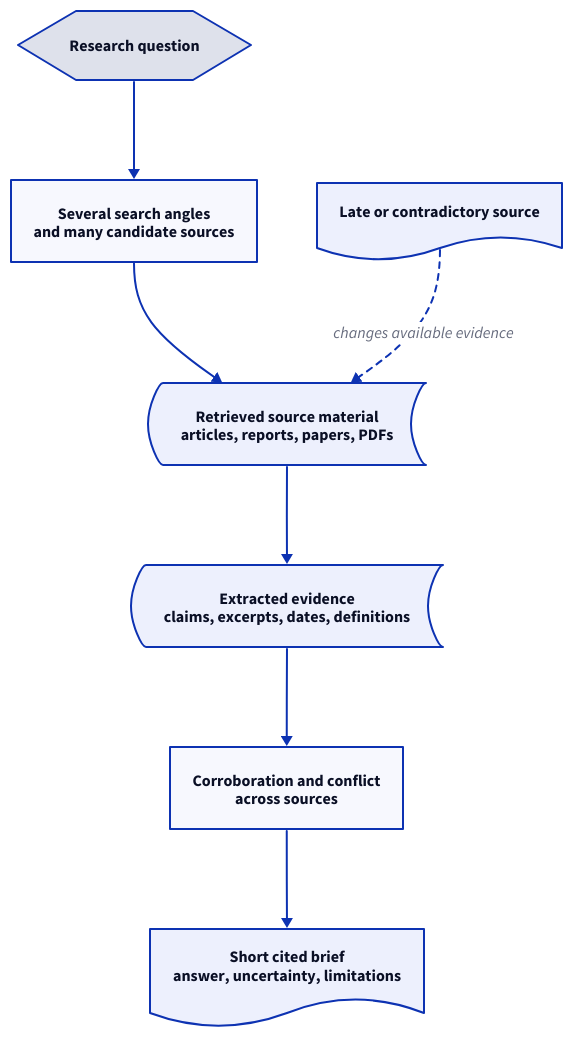
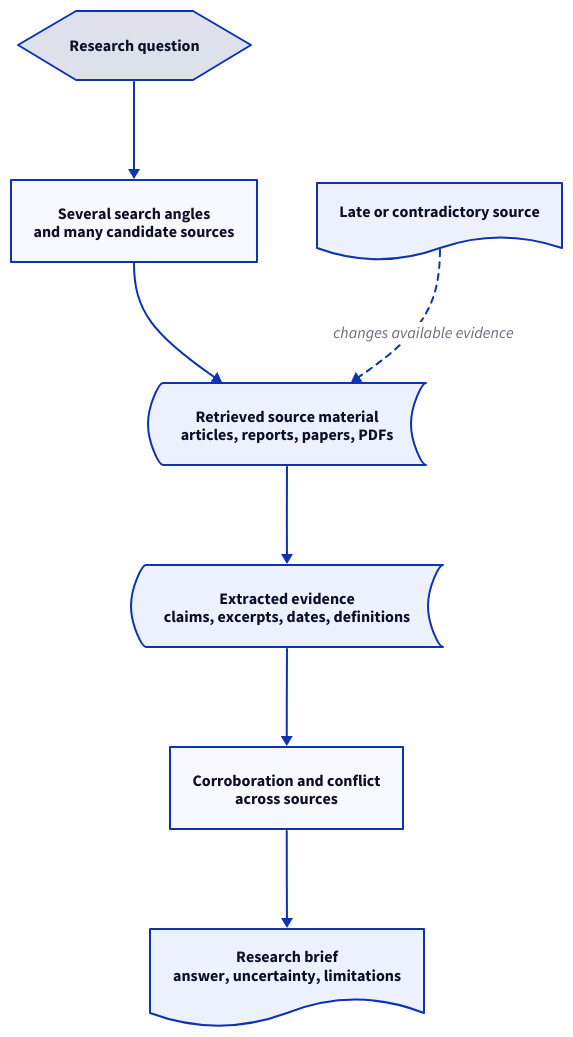
Before and after one commit to Advaya24/MultiAgentOrchestration: the diagram in artifacts/conceptual_research_workflow.d2, drawn with D2. The commit also changed 7 other files, not shown here.

Commit message:
Refresh architecture diagrams

```diff
--- a/artifacts/conceptual_research_workflow.d2
+++ b/artifacts/conceptual_research_workflow.d2
@@ -1,43 +1,43 @@
 direction: down
 
 question: {
   label: "Research question"
   shape: hexagon
 }
 
 search_angles: {
   label: "Several search angles\nand many candidate sources"
   shape: rectangle
 }
 
 sources: {
   label: "Retrieved source material\narticles, reports, papers, PDFs"
   shape: stored_data
 }
 
 evidence: {
   label: "Extracted evidence\nclaims, excerpts, dates, definitions"
   shape: stored_data
 }
 
 cross_check: {
   label: "Corroboration and conflict\nacross sources"
   shape: rectangle
 }
 
 brief: {
-  label: "Short cited brief\nanswer, uncertainty, limitations"
+  label: "Research brief\nanswer, uncertainty, limitations"
   shape: document
 }
 
 question -> search_angles
 search_angles -> sources
 sources -> evidence
 evidence -> cross_check
 cross_check -> brief
 
 late_source: {
   label: "Late or contradictory source"
   shape: document
 }
 late_source -> sources: changes available evidence {style.stroke-dash: 3}
```
